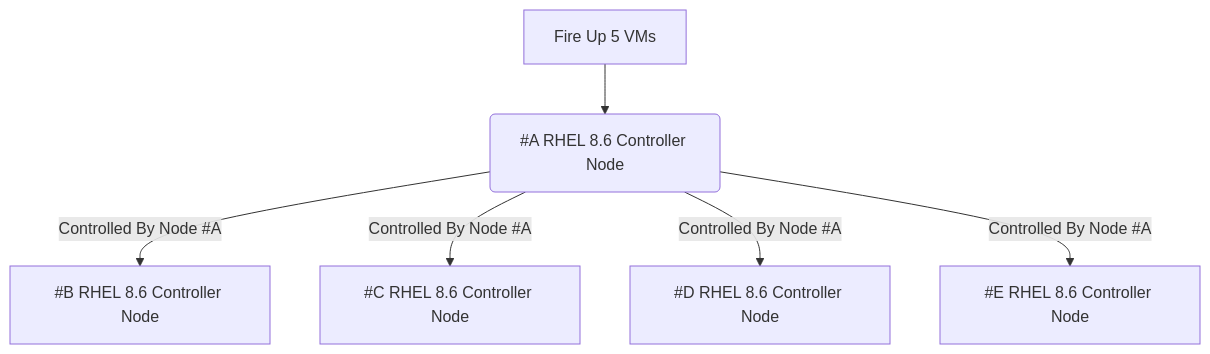
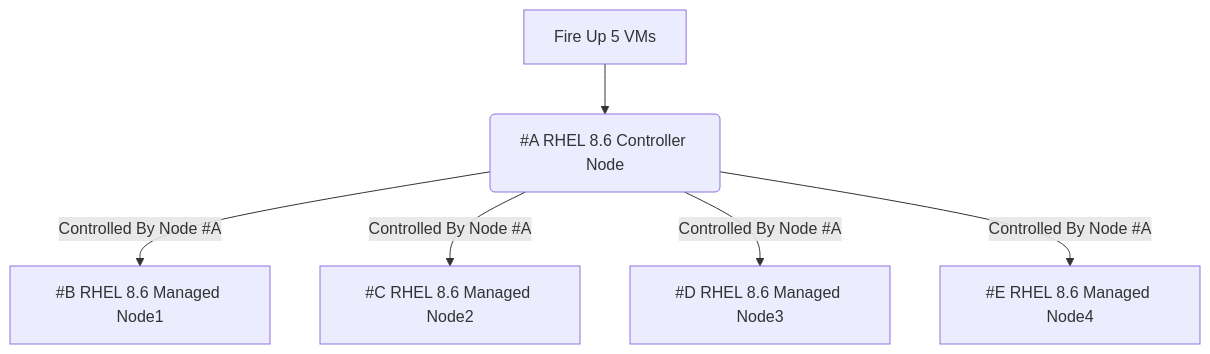
The diagram in Exam-Questions/README.md (Abdulhamid97Mousa/RHCE-EX294), drawn with Mermaid before and after one commit. The commit also changed other lines of this file, not shown here.

````diff
--- a/Exam-Questions/README.md
+++ b/Exam-Questions/README.md
@@ -20,8 +20,8 @@
 ```mermaid
 flowchart TD;
     A[Fire Up 5 VMs] --> B(#A RHEL 8.6 Controller Node);
-    B -- Controlled By Node #A --> C[#B RHEL 8.6 Controller Node];
-    B -- Controlled By Node #A --> D[#C RHEL 8.6 Controller Node];
-    B -- Controlled By Node #A --> E[#D RHEL 8.6 Controller Node];
-    B -- Controlled By Node #A --> F[#E RHEL 8.6 Controller Node];
+    B -- Controlled By Node #A --> C[#B RHEL 8.6 Managed Node1];
+    B -- Controlled By Node #A --> D[#C RHEL 8.6 Managed Node2];
+    B -- Controlled By Node #A --> E[#D RHEL 8.6 Managed Node3];
+    B -- Controlled By Node #A --> F[#E RHEL 8.6 Managed Node4];
 ```
````
